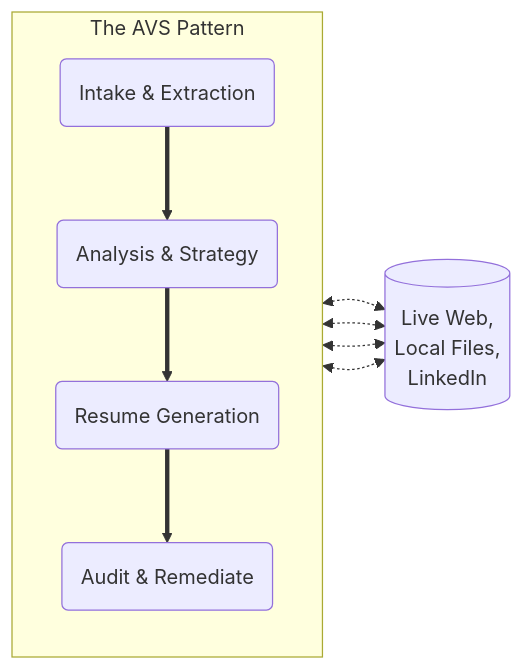
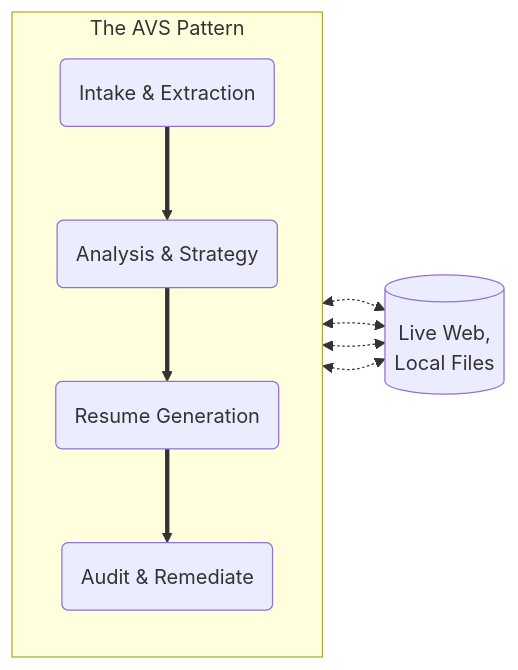
The diagram in value-stories/job-hunting/readme.md (AVS-Orchestration/avs-standard-library), drawn with Mermaid before and after one commit. The commit also changed other lines of this file and 1 other file, not shown here.

````diff
--- a/value-stories/job-hunting/readme.md
+++ b/value-stories/job-hunting/readme.md
@@ -7,18 +7,18 @@
 ```mermaid
 graph LR
     subgraph Process [The AVS Pattern]
         direction TB
         VS-000(Intake & Extraction)
         VS-001(Analysis & Strategy)
         VS-002(Resume Generation)
         VS-003(Audit & Remediate)
         
         VS-000 ==> VS-001 ==> VS-002 ==> VS-003 
     end
-    Context[(Live Web,<br>Local Files,<br>LinkedIn)]
+    Context[(Live Web,<br>Local Files)]
     VS-000 <-.-> Context
     VS-001 <-.-> Context
     VS-002 <-.-> Context
     VS-003 <-.-> Context
 
 ```
````
